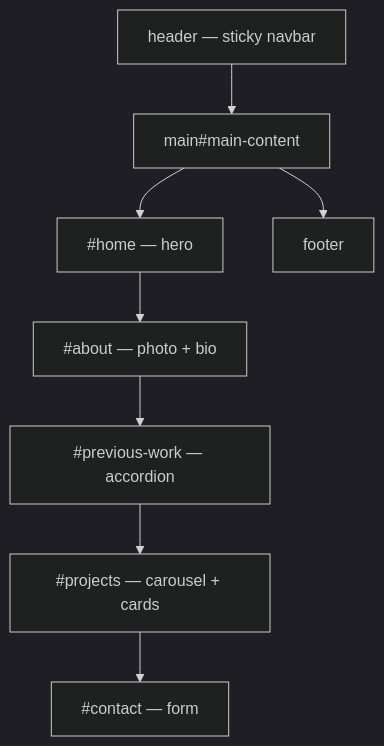
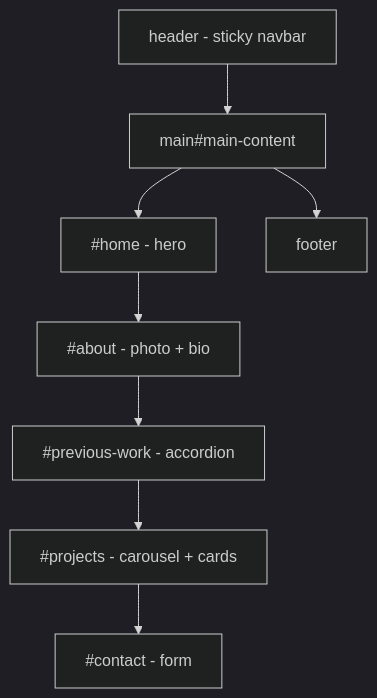
Before and after one commit to emmarthur/emmarthur.github.io: the first of 5 diagrams in BUILD-STEPS.md, drawn with Mermaid (dark theme). The commit also changed other lines of this file and 3 other files, not shown here.

````diff
--- a/BUILD-STEPS.md
+++ b/BUILD-STEPS.md
@@ -22,14 +22,14 @@
 ```mermaid
 flowchart TB
-  header["header — sticky navbar"]
+  header["header - sticky navbar"]
   main["main#main-content"]
-  home["#home — hero"]
-  about["#about — photo + bio"]
-  work["#previous-work — accordion"]
-  proj["#projects — carousel + cards"]
-  contact["#contact — form"]
+  home["#home - hero"]
+  about["#about - photo + bio"]
+  work["#previous-work - accordion"]
+  proj["#projects - carousel + cards"]
+  contact["#contact - form"]
   footer["footer"]
   header --> main
   main --> home --> about --> work --> proj --> contact
   main --> footer
 ```
````
